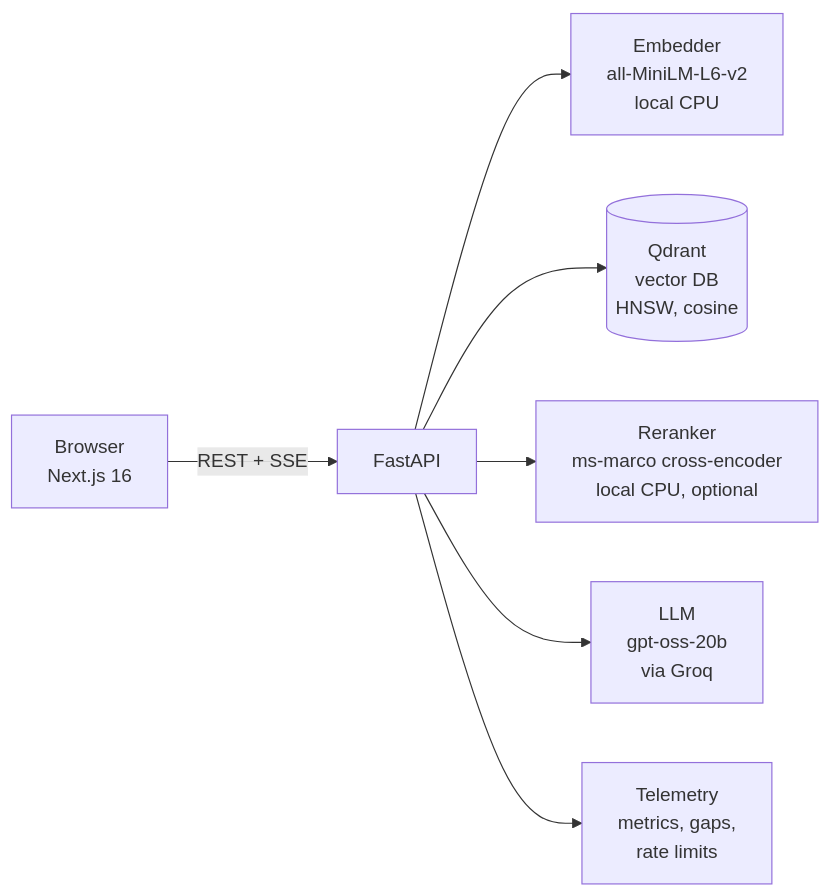
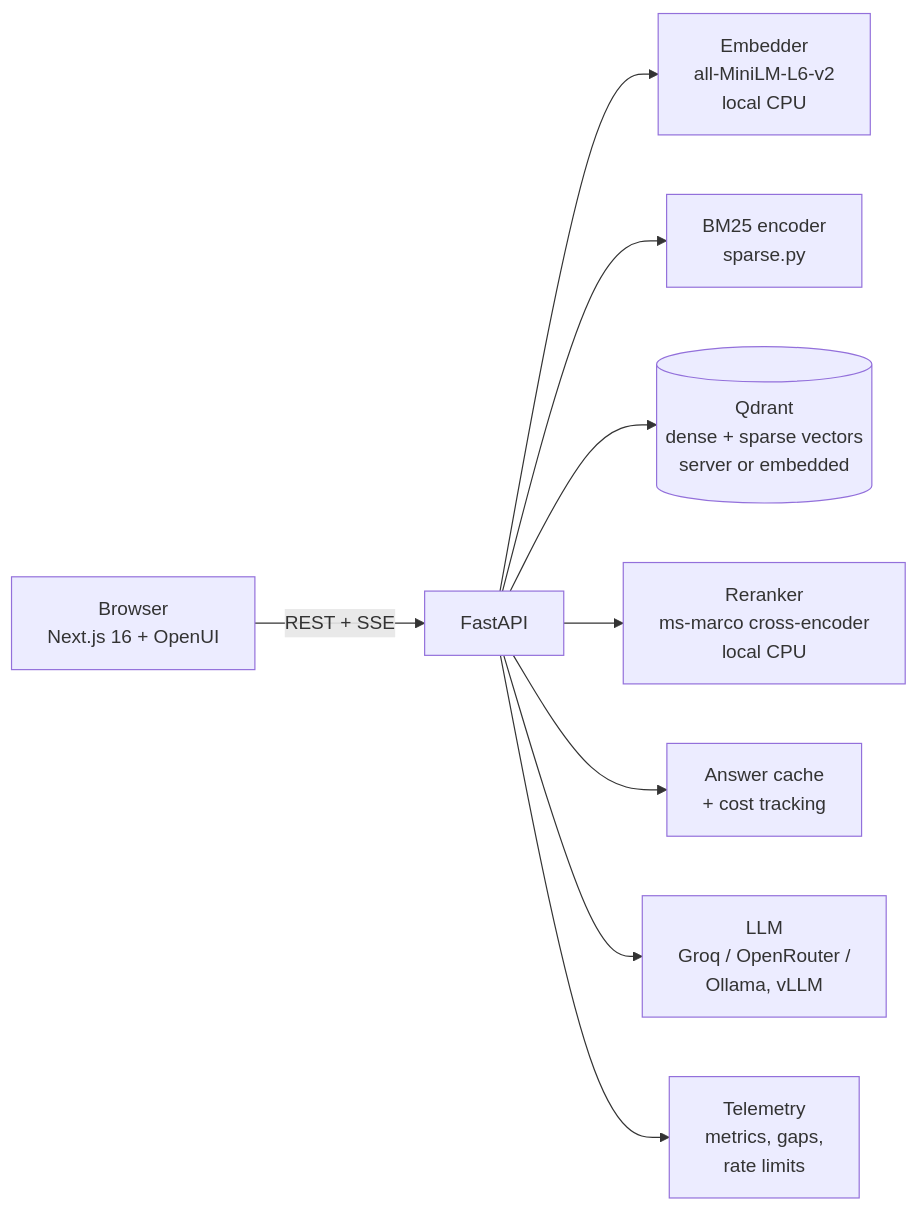
One commit to ichor-hash/Wally changed the first of 2 diagrams in README.md. Above: the diagram before and after it, drawn with Mermaid. The commit also changed other lines of this file and 104 other files, not shown here.

First line of the commit message:
Ethan v3: hybrid retrieval, reranking, CI evaluations, OpenUI charts, cost controls

````diff
--- a/README.md
+++ b/README.md
@@ -43,9 +82,11 @@
 ```mermaid
 flowchart LR
-    U[Browser<br/>Next.js 16] -- REST + SSE --> A[FastAPI]
+    U[Browser<br/>Next.js 16 + OpenUI] -- REST + SSE --> A[FastAPI]
     A --> E[Embedder<br/>all-MiniLM-L6-v2<br/>local CPU]
-    A --> Q[(Qdrant<br/>vector DB<br/>HNSW, cosine)]
-    A --> R[Reranker<br/>ms-marco cross-encoder<br/>local CPU, optional]
-    A --> L[LLM<br/>gpt-oss-20b<br/>via Groq]
+    A --> S[BM25 encoder<br/>sparse.py]
+    A --> Q[(Qdrant<br/>dense + sparse vectors<br/>server or embedded)]
+    A --> R[Reranker<br/>ms-marco cross-encoder<br/>local CPU]
+    A --> C[Answer cache<br/>+ cost tracking]
+    A --> L[LLM<br/>Groq / OpenRouter /<br/>Ollama, vLLM]
     A --> T[Telemetry<br/>metrics, gaps,<br/>rate limits]
 ```
````
